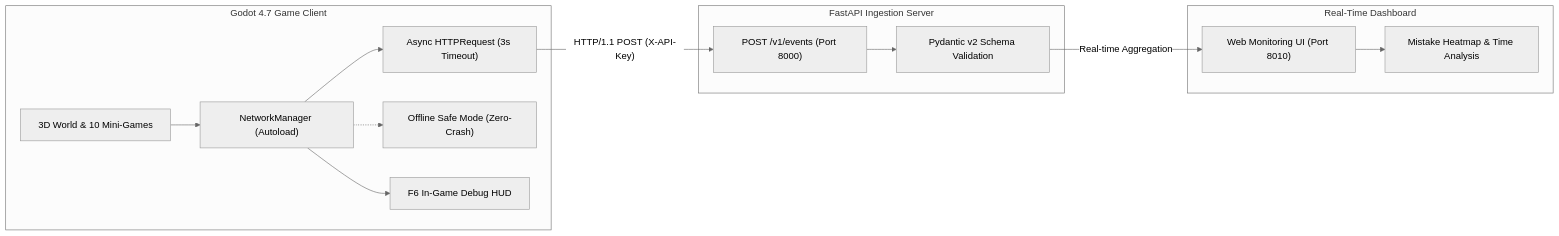
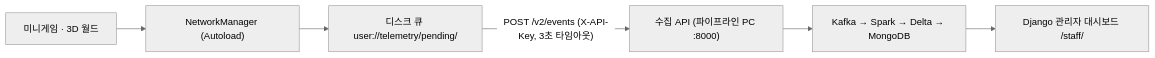
One commit to encore-ai-campus/mlo-02-p3-team1 changed the diagram in game/README.md. Above: the diagram before and after it, drawn with Mermaid (neutral theme). The commit also changed other lines of this file and 15 other files, not shown here.

First line of the commit message:
docs: refresh READMEs and pipeline architecture figures to current code

````diff
--- a/game/README.md
+++ b/game/README.md
@@ -69,24 +71,8 @@
 ```mermaid
 flowchart LR
-    subgraph Client ["Godot 4.7 Game Client"]
-        A["3D World & 10 Mini-Games"] --> B["NetworkManager (Autoload)"]
-        B --> C["Async HTTPRequest (3s Timeout)"]
-        B -.-> D["Offline Safe Mode (Zero-Crash)"]
-        B --> E["F6 In-Game Debug HUD"]
-    end
-
-    subgraph Backend ["FastAPI Ingestion Server"]
-        F["POST /v1/events (Port 8000)"]
-        G["Pydantic v2 Schema Validation"]
-        F --> G
-    end
-
-    subgraph Analytics ["Real-Time Dashboard"]
-        H["Web Monitoring UI (Port 8010)"]
-        I["Mistake Heatmap & Time Analysis"]
-        H --> I
-    end
-
-    C -->|"HTTP/1.1 POST (X-API-Key)"| F
-    G -->|"Real-time Aggregation"| H
+    A["미니게임 · 3D 월드"] --> B["NetworkManager (Autoload)"]
+    B --> Q["디스크 큐 user://telemetry/pending/"]
+    Q -->|"POST /v2/events (X-API-Key, 3초 타임아웃)"| C["수집 API (파이프라인 PC :8000)"]
+    C --> K["Kafka → Spark → Delta → MongoDB"]
+    K --> D["Django 관리자 대시보드 /staff/"]
 ```
````
